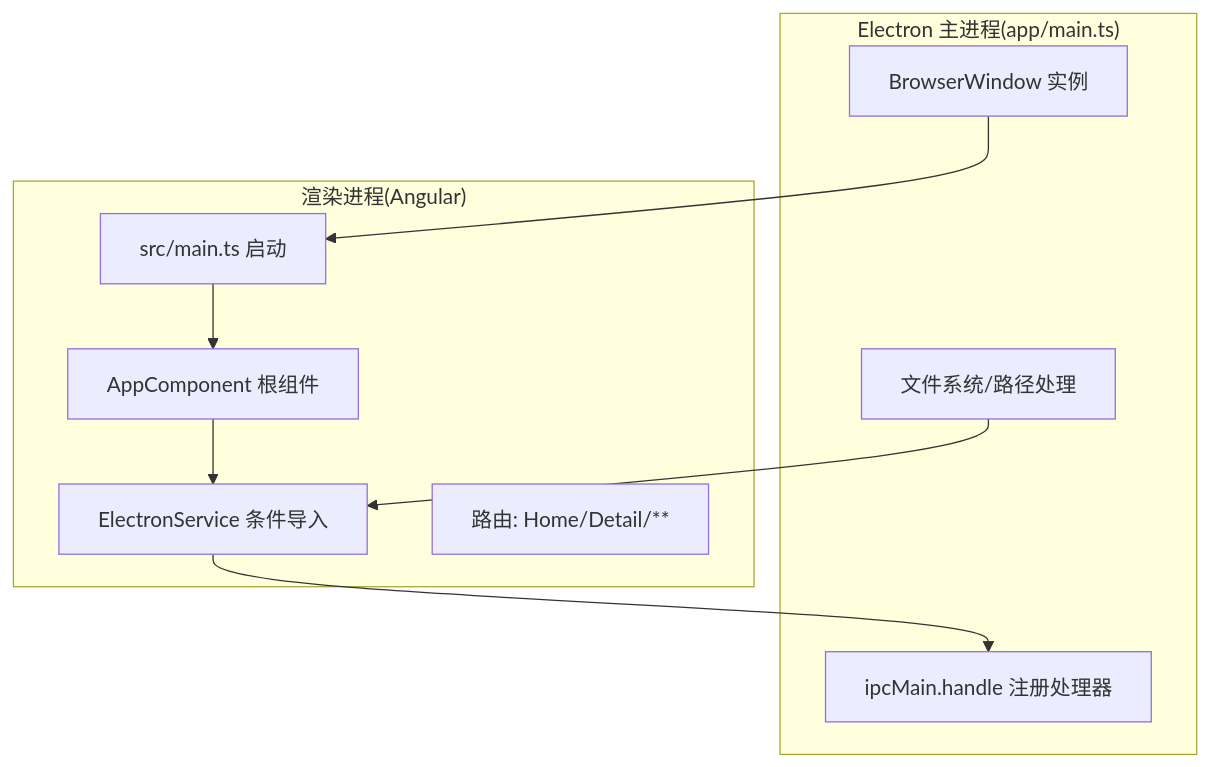
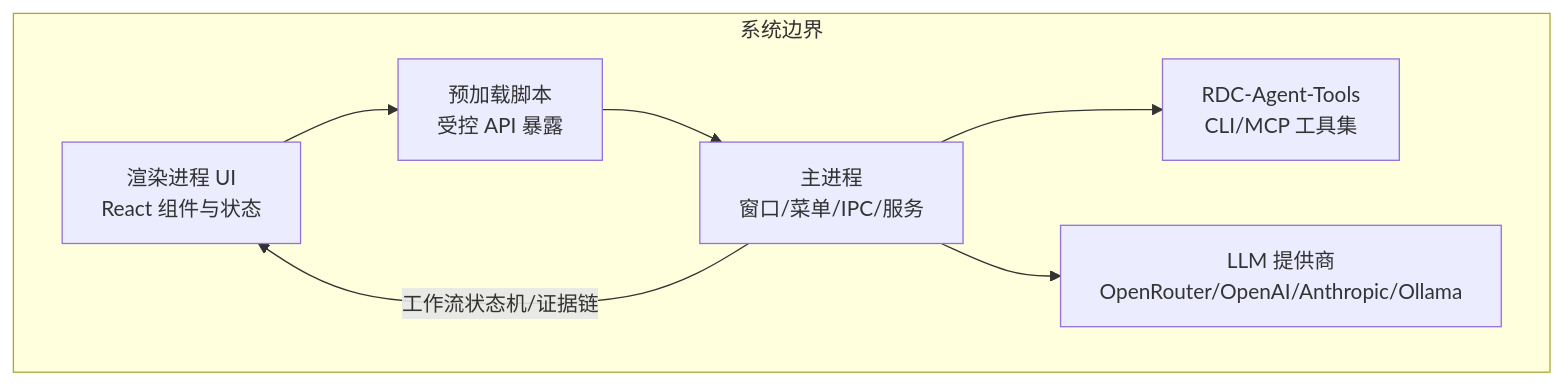
One commit to haolange/RDC-Agent changed the second of 8 diagrams in .qoder/repowiki/zh/content/架构设计/架构设计.md. Above: the diagram before and after it, drawn with Mermaid. The commit also changed other lines of this file and 84 other files, not shown here.

````diff
--- a/.qoder/repowiki/zh/content/架构设计/架构设计.md
+++ b/.qoder/repowiki/zh/content/架构设计/架构设计.md
@@ -126,19 +128,15 @@
 ```mermaid
 graph TB
-subgraph "Electron 主进程(app/main.ts)"
-MP_win["BrowserWindow 实例"]
-MP_ipc["ipcMain.handle 注册处理器"]
-MP_fs["文件系统/路径处理"]
+subgraph "系统边界"
+UI["渲染进程 UI<br/>React 组件与状态"]
+PRE["预加载脚本<br/>受控 API 暴露"]
+MAIN["主进程<br/>窗口/菜单/IPC/服务"]
+TOOLS["RDC-Agent-Tools<br/>CLI/MCP 工具集"]
+LLM["LLM 提供商<br/>OpenRouter/OpenAI/Anthropic/Ollama"]
 end
-subgraph "渲染进程(Angular)"
-RP_boot["src/main.ts 启动"]
-RP_root["AppComponent 根组件"]
-RP_esvc["ElectronService 条件导入"]
-RP_router["路由: Home/Detail/**"]
-end
-RP_boot --> RP_root
-RP_root --> RP_esvc
-RP_esvc --> MP_ipc
-MP_win --> RP_boot
-MP_fs --> RP_esvc
+UI --> PRE
+PRE --> MAIN
+MAIN --> TOOLS
+MAIN --> LLM
+MAIN --> |"工作流状态机/证据链"| UI
 ```
````
